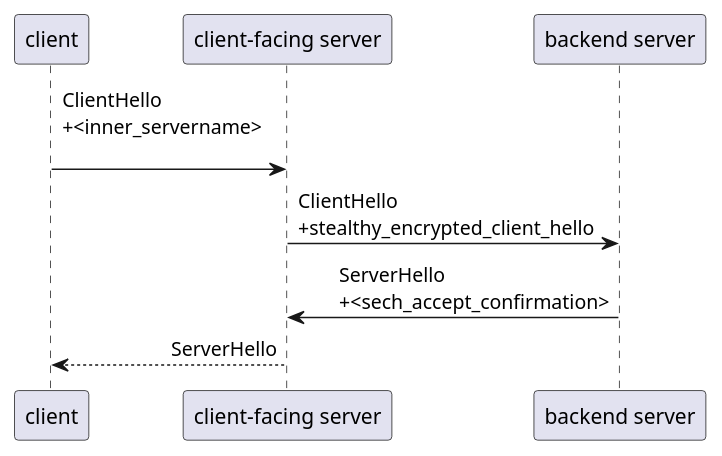
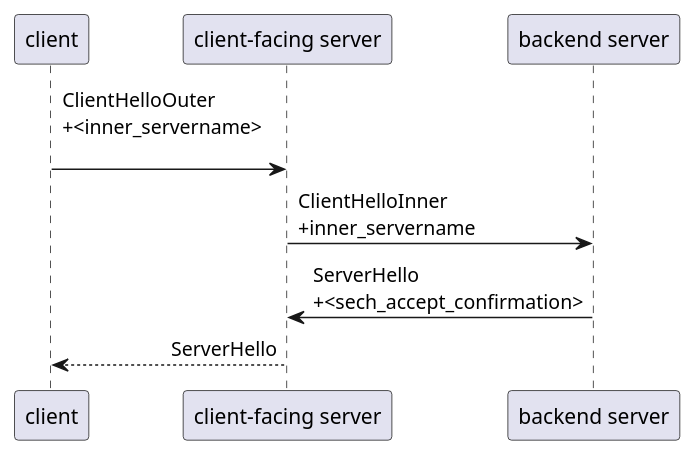
The diagram in figure/sech-split-mode-accept.puml (Neimhin/Stealthy-ECH-Dissertation), drawn with PlantUML before and after one commit. The commit also changed 33 other files, not shown here.

```diff
--- a/figure/sech-split-mode-accept.puml
+++ b/figure/sech-split-mode-accept.puml
@@ -1,12 +1,12 @@
 @startuml
 participant c as "client"
 participant cfs as "client-facing server"
 participant bs as "backend server"
 
 skinparam SequenceMessageAlign direction
 
-c -> cfs: ClientHello\n+<inner_servername>\n
-cfs -> bs: ClientHello\n+stealthy_encrypted_client_hello
+c -> cfs: ClientHelloOuter\n+<inner_servername>\n
+cfs -> bs: ClientHelloInner\n+inner_servername
 bs -> cfs: ServerHello\n+<sech_accept_confirmation>
 cfs --> c: ServerHello
 @enduml
```
